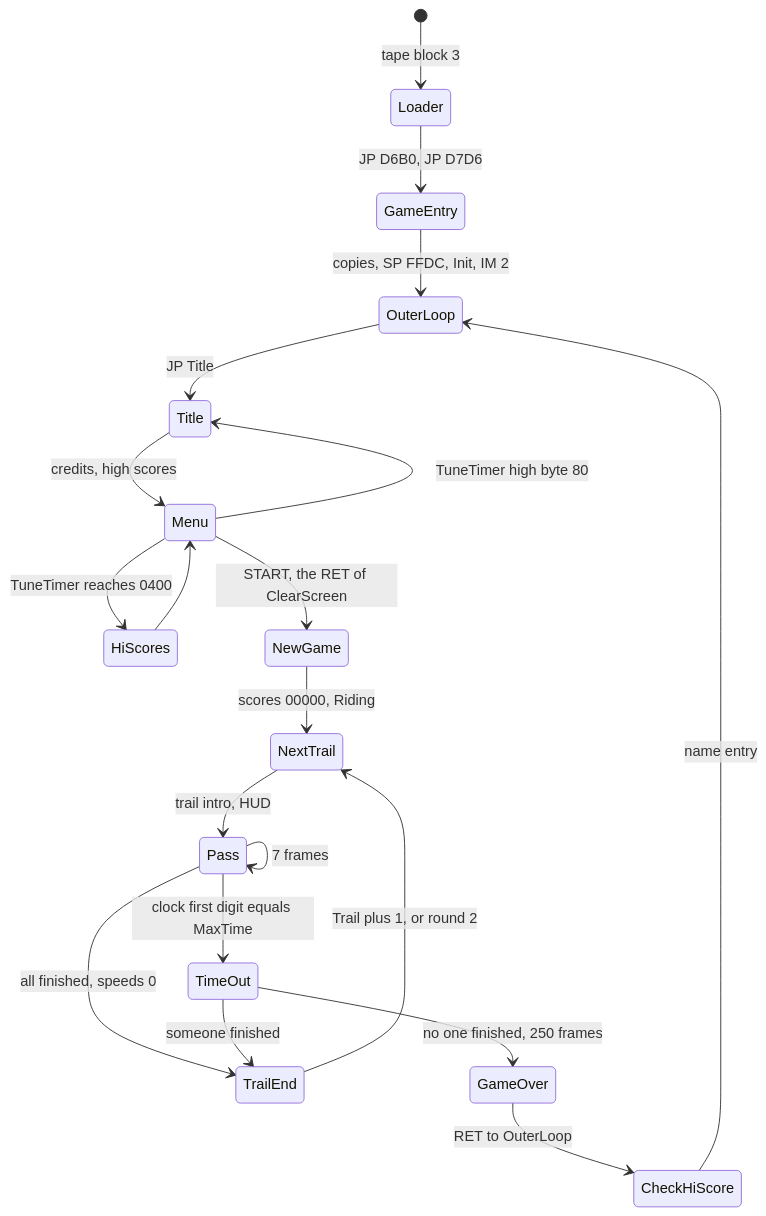
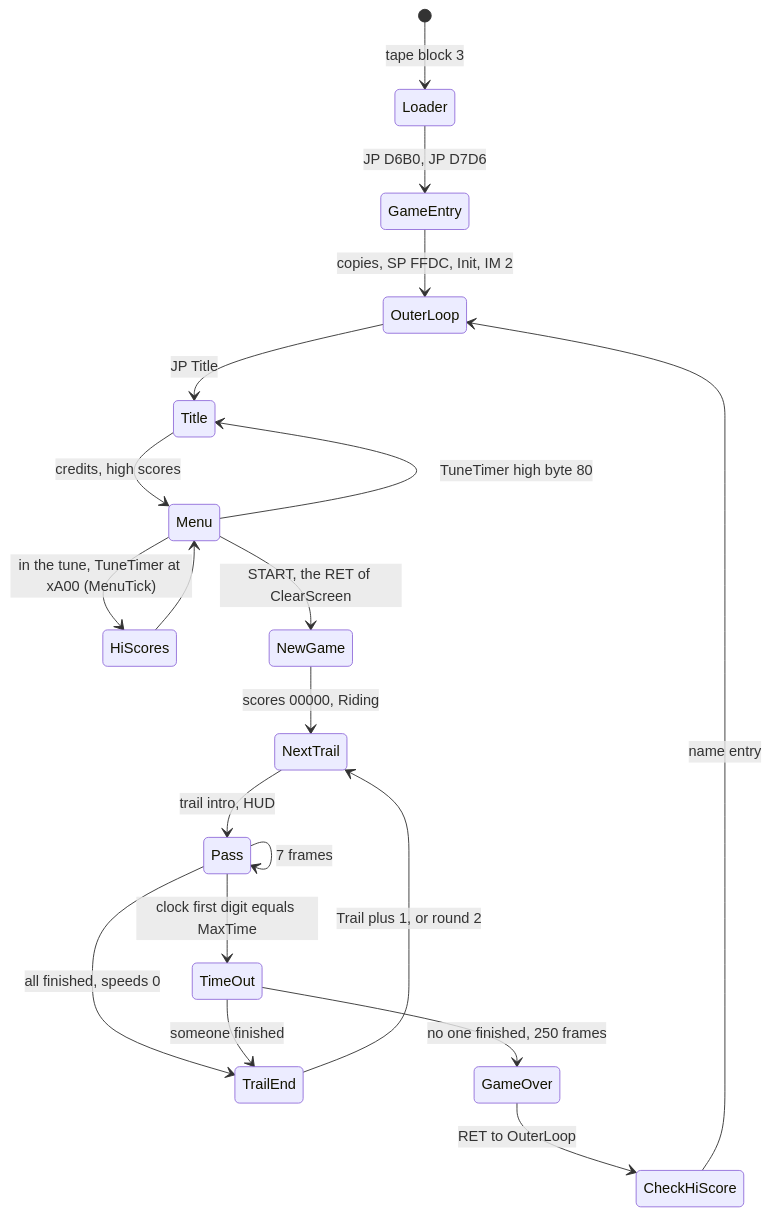
Before and after one commit to alfishe/unrealng-reverse-cases: the first of 10 diagrams in games/atv-simulator/docs/04-game-loop.md, drawn with Mermaid. The commit also changed other lines of this file and 32 other files, not shown here.

````diff
--- a/games/atv-simulator/docs/04-game-loop.md
+++ b/games/atv-simulator/docs/04-game-loop.md
@@ -67,22 +67,22 @@
 ```mermaid
 stateDiagram-v2
     [*] --> Loader: tape block 3
     Loader --> GameEntry: JP D6B0, JP D7D6
     GameEntry --> OuterLoop: copies, SP FFDC, Init, IM 2
     OuterLoop --> Title: JP Title
     Title --> Menu: credits, high scores
     Menu --> Title: TuneTimer high byte 80
-    Menu --> HiScores: TuneTimer reaches 0400
+    Menu --> HiScores: in the tune, TuneTimer at xA00 (MenuTick)
     HiScores --> Menu
     Menu --> NewGame: START, the RET of ClearScreen
     NewGame --> NextTrail: scores 00000, Riding
     NextTrail --> Pass: trail intro, HUD
     Pass --> Pass: 7 frames
     Pass --> TrailEnd: all finished, speeds 0
     Pass --> TimeOut: clock first digit equals MaxTime
     TimeOut --> TrailEnd: someone finished
     TimeOut --> GameOver: no one finished, 250 frames
     TrailEnd --> NextTrail: Trail plus 1, or round 2
     GameOver --> CheckHiScore: RET to OuterLoop
     CheckHiScore --> OuterLoop: name entry
 ```
````
